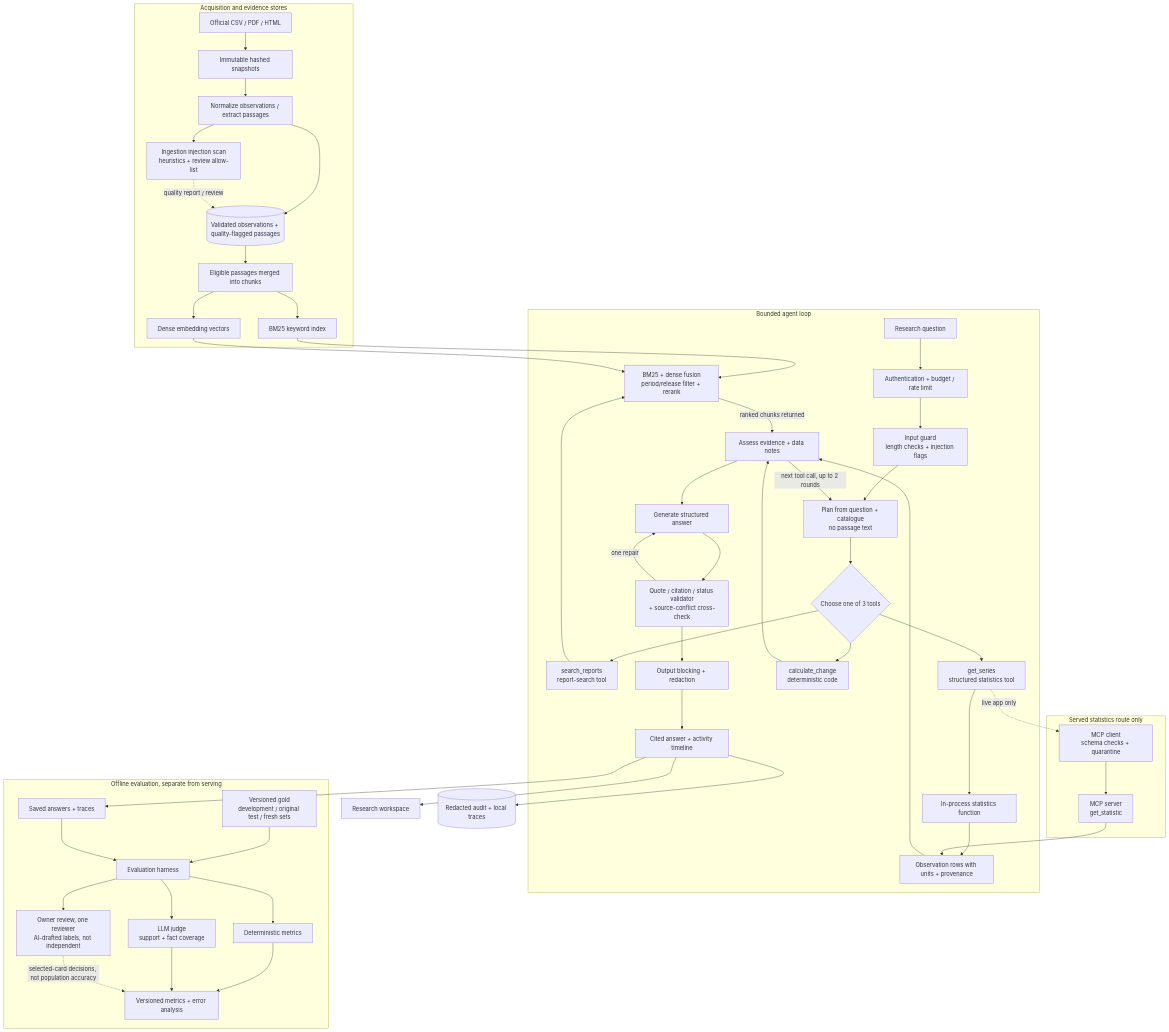
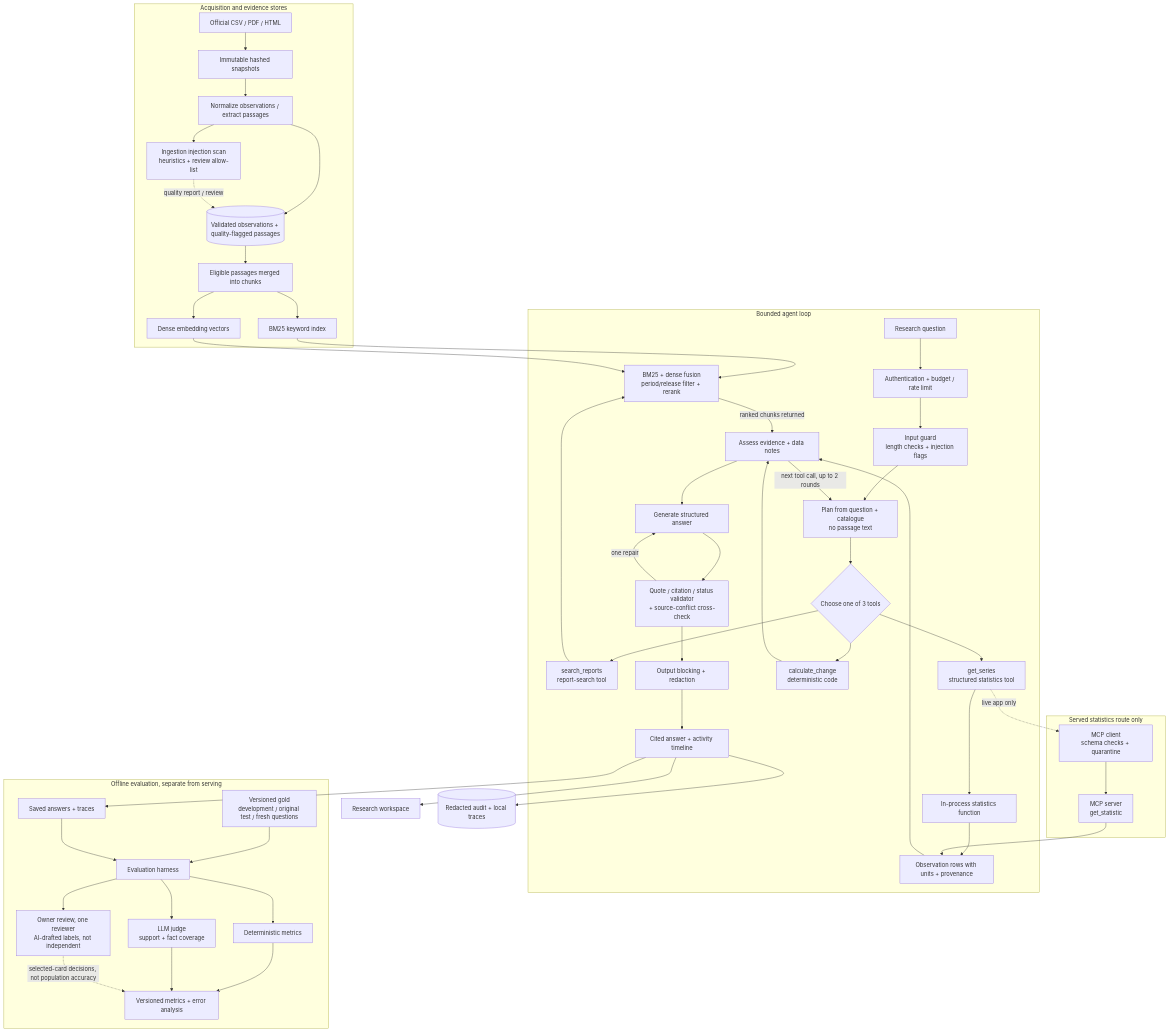
One commit to mihirkhandekar/labourlens changed the diagram in docs/architecture.md. Above: the diagram before and after it, drawn with Mermaid. The commit also changed other lines of this file and 35 other files, not shown here.

````diff
--- a/docs/architecture.md
+++ b/docs/architecture.md
@@ -34,56 +34,56 @@
 ```mermaid
 flowchart TB
   subgraph Data["Acquisition and evidence stores"]
     SOURCE[Official CSV / PDF / HTML] --> SNAP[Immutable hashed snapshots]
     SNAP --> PARSE[Normalize observations / extract passages]
     PARSE --> SCAN[Ingestion injection scan<br/>heuristics + review allow-list]
     PARSE --> STORE[(Validated observations + quality-flagged passages)]
     STORE --> CHUNK[Eligible passages merged into chunks]
     CHUNK --> BM25[BM25 keyword index]
     CHUNK --> DENSE[Dense embedding vectors]
     SCAN -. quality report / review .-> STORE
   end
   subgraph Runtime["Bounded agent loop"]
     USER[Research question] --> ADMIT[Authentication + budget / rate limit]
     ADMIT --> INPUT[Input guard<br/>length checks + injection flags]
     INPUT --> PLAN[Plan from question + catalogue<br/>no passage text]
     PLAN --> CHOOSE{Choose one of 3 tools}
     CHOOSE --> SEARCH[search_reports<br/>report-search tool]
     SEARCH --> FUSE[BM25 + dense fusion<br/>period/release filter + rerank]
     BM25 --> FUSE
     DENSE --> FUSE
     FUSE -->|ranked chunks returned|ASSESS[Assess evidence + data notes]
     CHOOSE --> SERIES[get_series<br/>structured statistics tool]
     SERIES --> DIRECT[In-process statistics function]
     DIRECT --> OBS[Observation rows with units + provenance]
     OBS --> ASSESS
     CHOOSE --> CALC[calculate_change<br/>deterministic code]
     CALC --> ASSESS
     ASSESS -->|next tool call, up to 2 rounds|PLAN
     ASSESS --> ANSWER[Generate structured answer]
     ANSWER --> VALID[Quote / citation / status validator<br/>+ source-conflict cross-check]
     VALID -->|one repair|ANSWER
     VALID --> REDACT[Output blocking + redaction]
     REDACT --> OUT[Cited answer + activity timeline]
   end
   subgraph MCP["Served statistics route only"]
     CLIENT[MCP client<br/>schema checks + quarantine]
     SERVER[MCP server<br/>get_statistic]
     CLIENT --> SERVER
   end
   subgraph Evaluation["Offline evaluation, separate from serving"]
-    GOLD[Versioned gold<br/>development / original test / fresh sets] --> HARNESS[Evaluation harness]
+    GOLD[Versioned gold<br/>development / original test / fresh questions] --> HARNESS[Evaluation harness]
     RUNS[Saved answers + traces] --> HARNESS
     HARNESS --> DETER[Deterministic metrics]
     HARNESS --> JUDGE[LLM judge<br/>support + fact coverage]
     HARNESS --> HUMAN[Owner review, one reviewer<br/>AI-drafted labels, not independent]
     DETER --> REPORT[Versioned metrics + error analysis]
     JUDGE --> REPORT
     HUMAN -. selected-card decisions, not population accuracy .-> REPORT
   end
   SERIES -. live app only .-> CLIENT
   SERVER --> OBS
   OUT --> RUNS
   OUT --> WEB[Research workspace]
   OUT --> AUDIT[(Redacted audit + local traces)]
 ```
````
